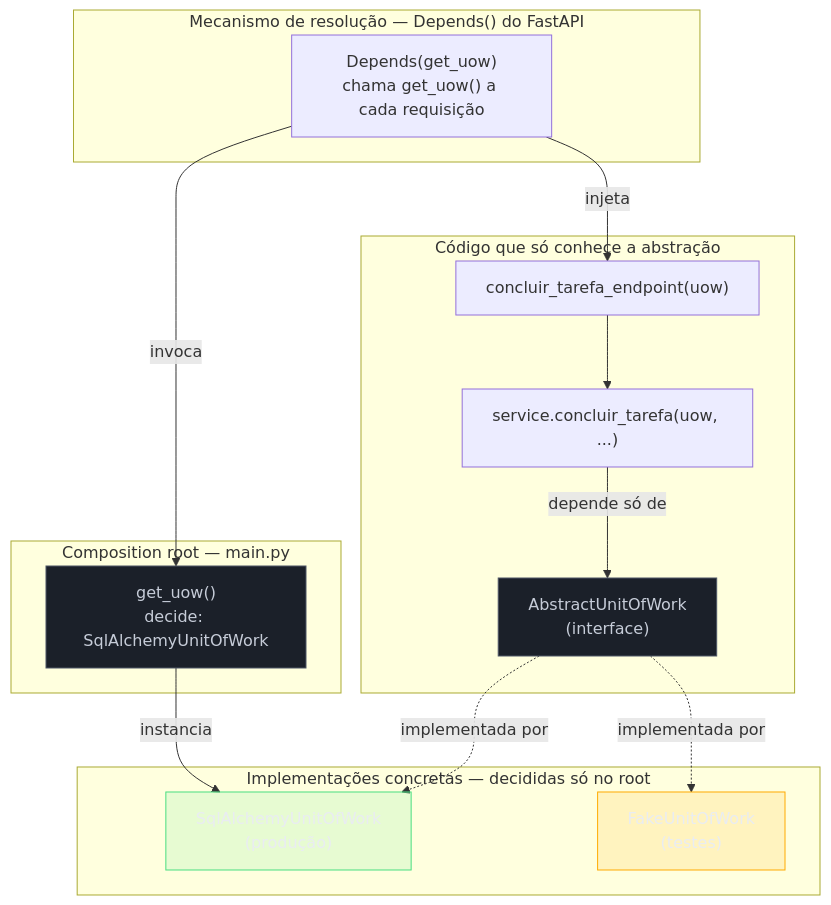
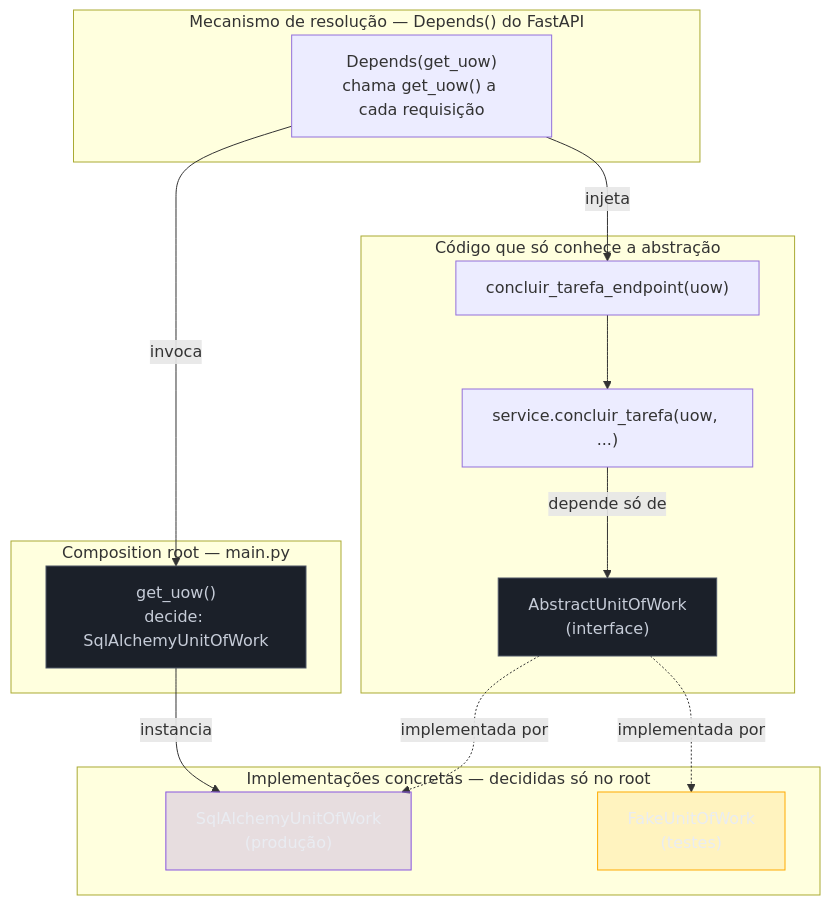
One commit to josenaldo/codex-technomanticus changed the diagram in 03-Dominios/Tecnologia/Python/Arquitetura e Design Patterns/05 - Injeção de dependência como princípio — sem framework pesado.md. Above: the diagram before and after it, drawn with Mermaid. The commit also changed 601 other files, not shown here.

````diff
--- a/03-Dominios/Tecnologia/Python/Arquitetura e Design Patterns/05 - Injeção de dependência como princípio — sem framework pesado.md
+++ b/03-Dominios/Tecnologia/Python/Arquitetura e Design Patterns/05 - Injeção de dependência como princípio — sem framework pesado.md
@@ -193,37 +193,37 @@
 ```mermaid
 flowchart TB
+    classDef marca fill:#8855DF33,stroke:#8855DF,color:#E9ECF2
     classDef neutro fill:#1B2029,stroke:#4E5666,color:#C6CCD8
-    classDef ok fill:#4ADE8021,stroke:#4ADE80,color:#E9ECF2
     classDef destaque fill:#FFAA0024,stroke:#FFAA00,color:#E9ECF2
     subgraph Root["Composition root — main.py"]
         DECISAO["get_uow()\ndecide: SqlAlchemyUnitOfWork"]
     end
 
     subgraph Mecanismo["Mecanismo de resolução — Depends() do FastAPI"]
         DEP["Depends(get_uow)\nchama get_uow() a cada requisição"]
     end
 
     subgraph Consumo["Código que só conhece a abstração"]
         HANDLER["concluir_tarefa_endpoint(uow)"]
         SVC["service.concluir_tarefa(uow, ...)"]
         UOW_ABS["AbstractUnitOfWork\n(interface)"]
     end
 
     subgraph Impl["Implementações concretas — decididas só no root"]
         SQL["SqlAlchemyUnitOfWork\n(produção)"]
         FAKE["FakeUnitOfWork\n(testes)"]
     end
 
     DECISAO -->|"instancia"| SQL
     DEP -->|"invoca"| DECISAO
     DEP -->|"injeta"| HANDLER
     HANDLER --> SVC
     SVC -->|"depende só de"| UOW_ABS
     UOW_ABS -.->|"implementada por"| SQL
     UOW_ABS -.->|"implementada por"| FAKE
 
     class DECISAO neutro
     class UOW_ABS neutro
-    class SQL ok
+    class SQL marca
     class FAKE destaque
 ```
````
